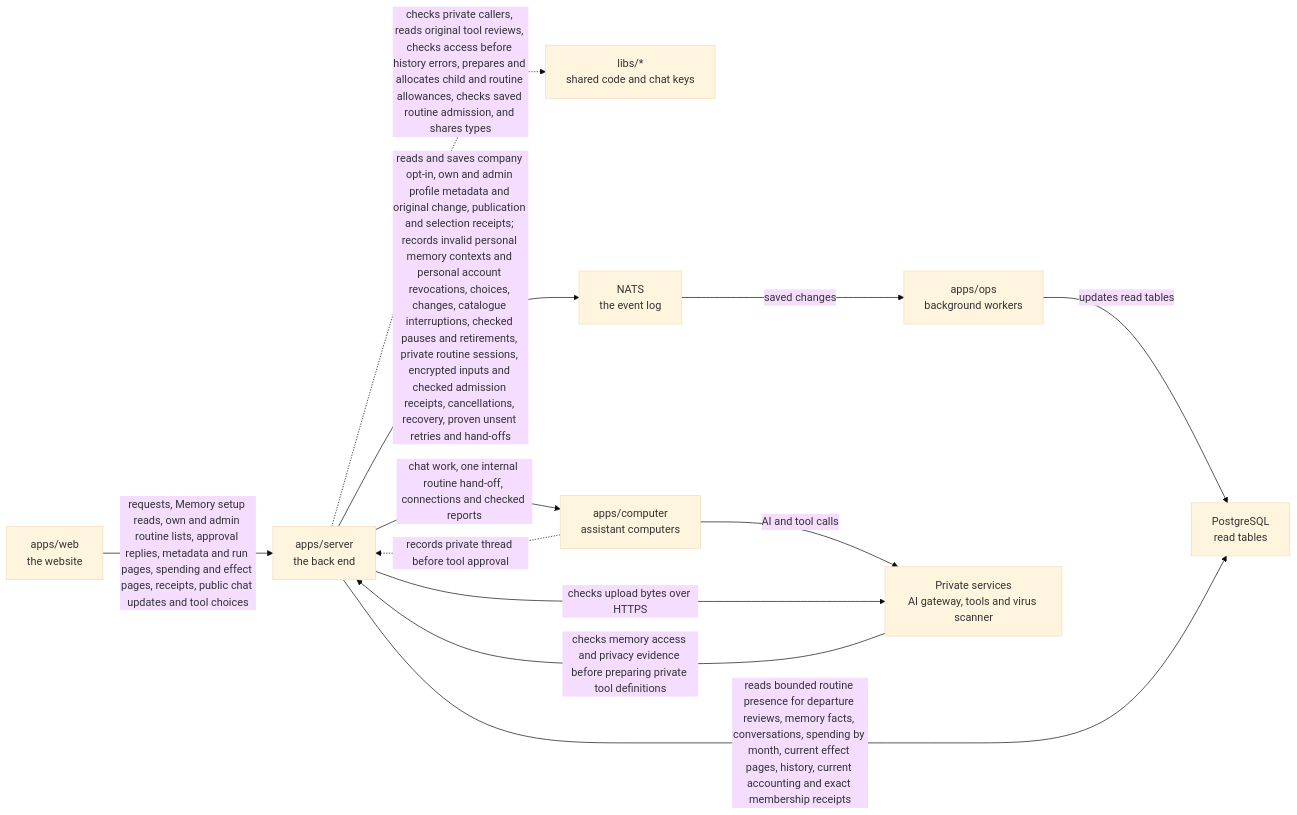
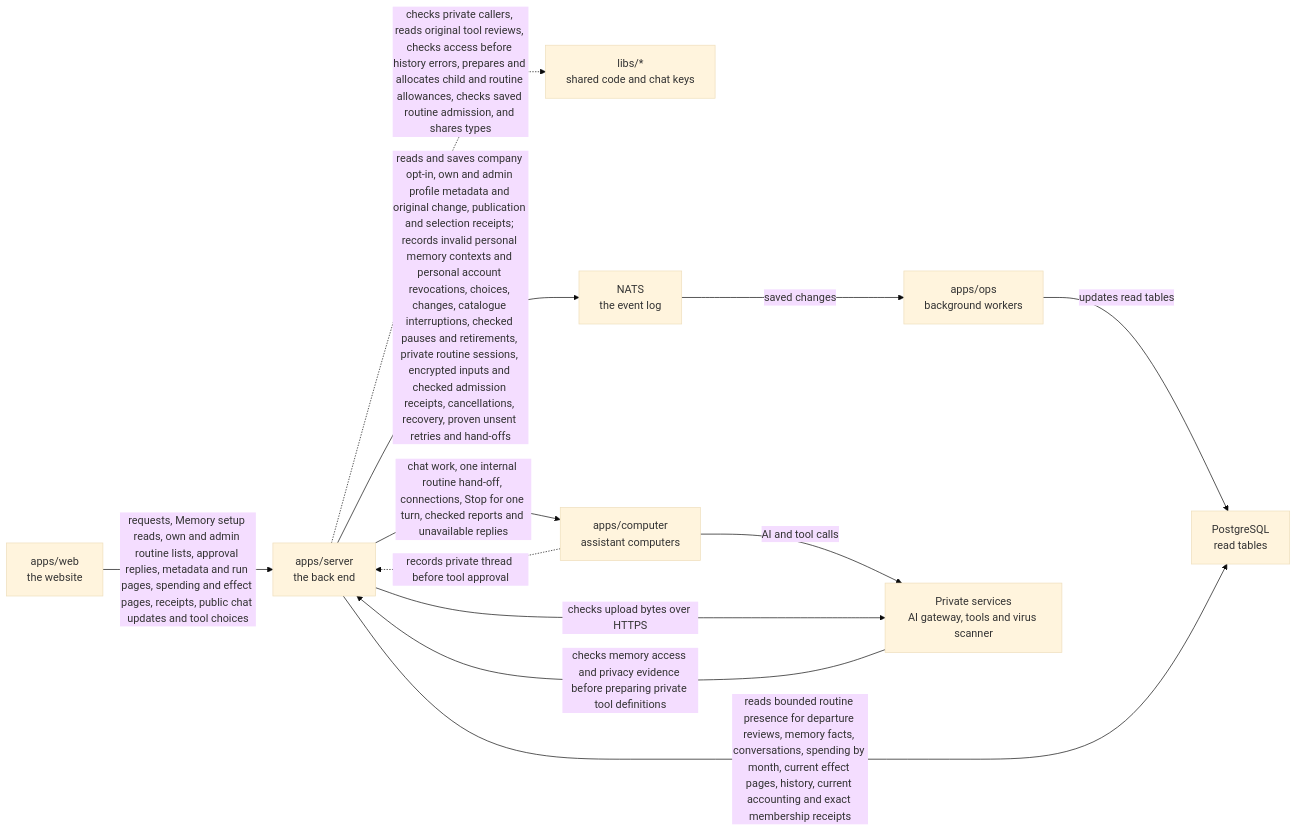
Before and after one commit to elewa-git/opencrane-new: the diagram in apps/server/README.md, drawn with Mermaid (base theme). The commit also changed other lines of this file and 11 other files, not shown here.

````diff
--- a/apps/server/README.md
+++ b/apps/server/README.md
@@ -105,14 +108,14 @@
 ```mermaid
 flowchart LR
   web["apps/web<br/>the website"] -->|requests, Memory setup reads, own and admin routine lists, approval replies, metadata and run pages, spending and effect pages, receipts, public chat updates and tool choices| server["apps/server<br/>the back end"]
   server -.->|checks private callers, reads original tool reviews, checks access before history errors, prepares and allocates child and routine allowances, checks saved routine admission, and shares types| libs["libs/*<br/>shared code and chat keys"]
   server -->|reads and saves company opt-in, own and admin profile metadata and original change, publication and selection receipts; records invalid personal memory contexts and personal account revocations, choices, changes, catalogue interruptions, checked pauses and retirements, private routine sessions, encrypted inputs and checked admission receipts, cancellations, recovery, proven unsent retries and hand-offs| nats["NATS<br/>the event log"]
   nats -->|saved changes| ops["apps/ops<br/>background workers"]
   ops -->|updates read tables| postgres["PostgreSQL<br/>read tables"]
   server -->|reads bounded routine presence for departure reviews, memory facts, conversations, spending by month, current effect pages, history, current accounting and exact membership receipts| postgres
-  server -->|chat work, one internal routine hand-off, connections and checked reports| computer["apps/computer<br/>assistant computers"]
+  server -->|chat work, one internal routine hand-off, connections, Stop for one turn, checked reports and unavailable replies| computer["apps/computer<br/>assistant computers"]
   computer -.->|records private thread before tool approval| server
   computer -->|AI and tool calls| runtime["Private services<br/>AI gateway, tools and virus scanner"]
   server -->|checks upload bytes over HTTPS| runtime
   runtime -->|checks memory access and privacy evidence before preparing private tool definitions| server
 ```
````
